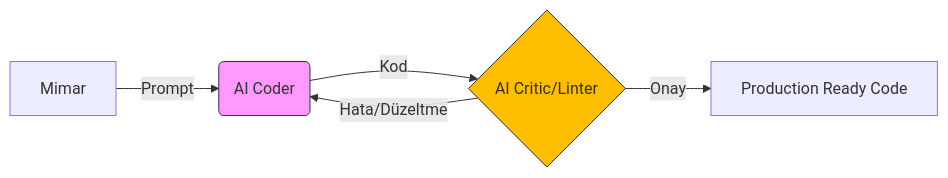
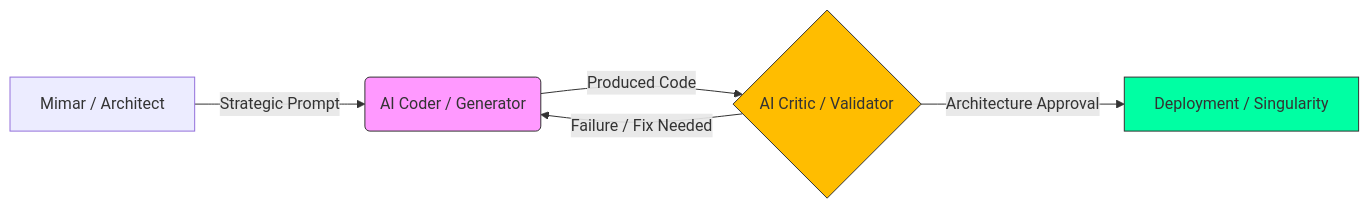
Before and after one commit to arch-yunus/post-ai-swe: the diagram in README.md, drawn with Mermaid. The commit also changed other lines of this file, not shown here.

````diff
--- a/README.md
+++ b/README.md
@@ -100,9 +112,10 @@
 ```mermaid
 graph LR
-    A[Mimar] -->|Prompt| B(AI Coder)
-    B -->|Kod| C{AI Critic/Linter}
-    C -->|Hata/Düzeltme| B
-    C -->|Onay| D[Production Ready Code]
+    A[Mimar / Architect] -->|Strategic Prompt| B(AI Coder / Generator)
+    B -->|Produced Code| C{AI Critic / Validator}
+    C -->|Failure / Fix Needed| B
+    C -->|Architecture Approval| D[Deployment / Singularity]
     style B fill:#f9f,stroke:#333
     style C fill:#FFBD00,stroke:#333
+    style D fill:#00FFA3,stroke:#333
 ```
````
